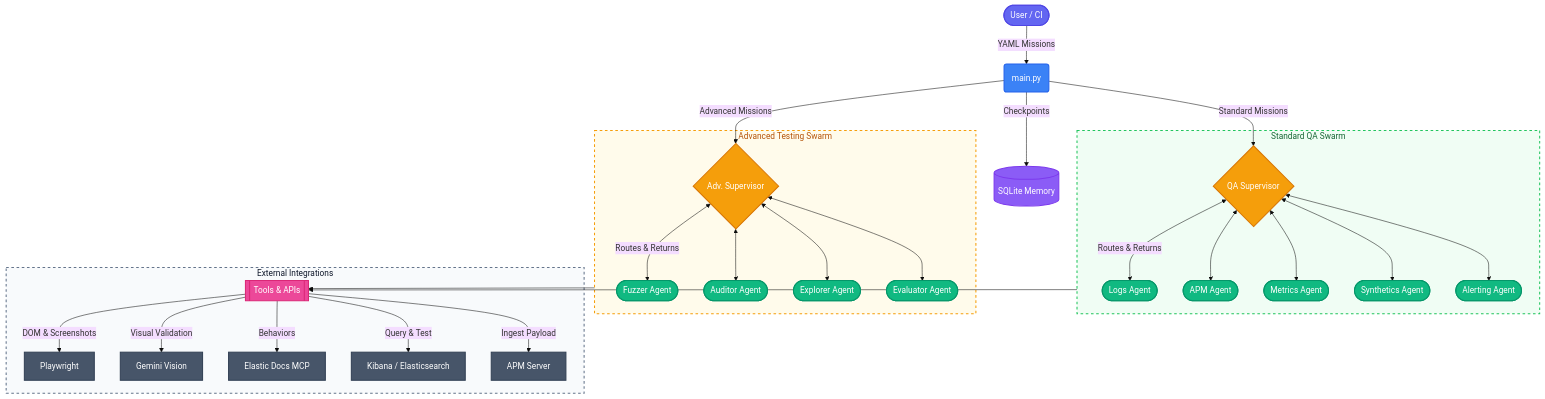
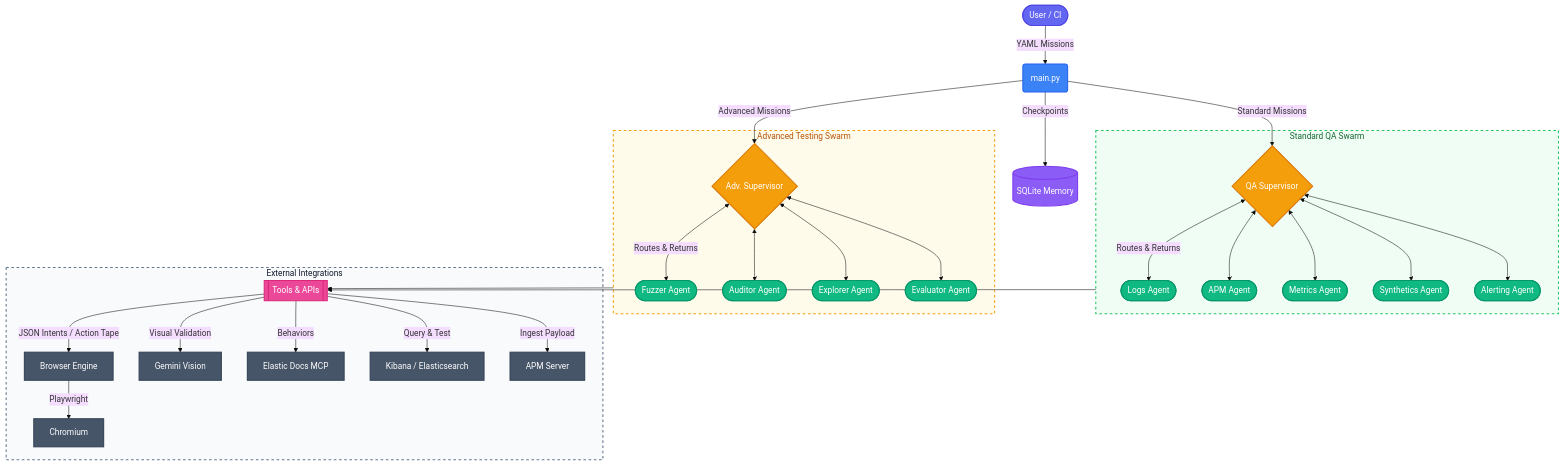
One commit to srbarrios/elk-obs-agentic-test-explorer changed the diagram in README.md. Above: the diagram before and after it, drawn with Mermaid (base theme). The commit also changed other lines of this file and 2 other files, not shown here.

````diff
--- a/README.md
+++ b/README.md
@@ -14,53 +13,54 @@
 ```mermaid
 graph TD
     %% Custom Styles (Tailwind-inspired color palette)
     classDef user fill:#6366f1,stroke:#4f46e5,stroke-width:2px,color:#fff;
     classDef core fill:#3b82f6,stroke:#2563eb,stroke-width:2px,color:#fff;
     classDef supervisor fill:#f59e0b,stroke:#d97706,stroke-width:2px,color:#fff;
     classDef agent fill:#10b981,stroke:#059669,stroke-width:2px,color:#fff;
     classDef db fill:#8b5cf6,stroke:#7c3aed,stroke-width:2px,color:#fff;
     classDef tool fill:#ec4899,stroke:#db2777,stroke-width:2px,color:#fff;
     classDef external fill:#475569,stroke:#334155,stroke-width:2px,color:#fff;
 
     %% Core Components
     User([User / CI]):::user -->|YAML Missions| Main(main.py):::core
     
     Main -->|Standard Missions| S_Supervisor{QA Supervisor}:::supervisor
     Main -->|Advanced Missions| A_Supervisor{Adv. Supervisor}:::supervisor
     Main -->|Checkpoints| DB[(SQLite Memory)]:::db
 
     %% Standard QA Swarm
     subgraph SQA [Standard QA Swarm]
         S_Supervisor <-->|Routes & Returns| S_Logs([Logs Agent]):::agent
         S_Supervisor <--> S_APM([APM Agent]):::agent
         S_Supervisor <--> S_Metrics([Metrics Agent]):::agent
         S_Supervisor <--> S_Synth([Synthetics Agent]):::agent
         S_Supervisor <--> S_Alert([Alerting Agent]):::agent
     end
 
     %% Advanced Testing Swarm
     subgraph ATS [Advanced Testing Swarm]
         A_Supervisor <-->|Routes & Returns| A_Fuzzer([Fuzzer Agent]):::agent
         A_Supervisor <--> A_Auditor([Auditor Agent]):::agent
         A_Supervisor <--> A_Explorer([Explorer Agent]):::agent
         A_Supervisor <--> A_Eval([Evaluator Agent]):::agent
     end
 
     %% Tools Connection
     SQA --> Tools[[Tools & APIs]]:::tool
     ATS --> Tools
 
     %% Integrations
     subgraph Integrations [External Integrations]
-        Tools -->|DOM & Screenshots| PW[Playwright]:::external
+        Tools -->|JSON Intents / Action Tape| Engine[Browser Engine]:::external
+        Engine -->|Playwright| PW[Chromium]:::external
         Tools -->|Visual Validation| Vision[Gemini Vision]:::external
         Tools -->|Behaviors| MCP[Elastic Docs MCP]:::external
         Tools -->|Query & Test| KIB[Kibana / Elasticsearch]:::external
         Tools -->|Ingest Payload| APM[APM Server]:::external
     end
 
     %% Subgraph Background Styling
     style SQA fill:#f0fdf4,stroke:#22c55e,stroke-width:2px,stroke-dasharray: 5 5,color:#166534
     style ATS fill:#fffbeb,stroke:#f59e0b,stroke-width:2px,stroke-dasharray: 5 5,color:#b45309
     style Integrations fill:#f8fafc,stroke:#64748b,stroke-width:2px,stroke-dasharray: 5 5,color:#0f172a
 ```
````
